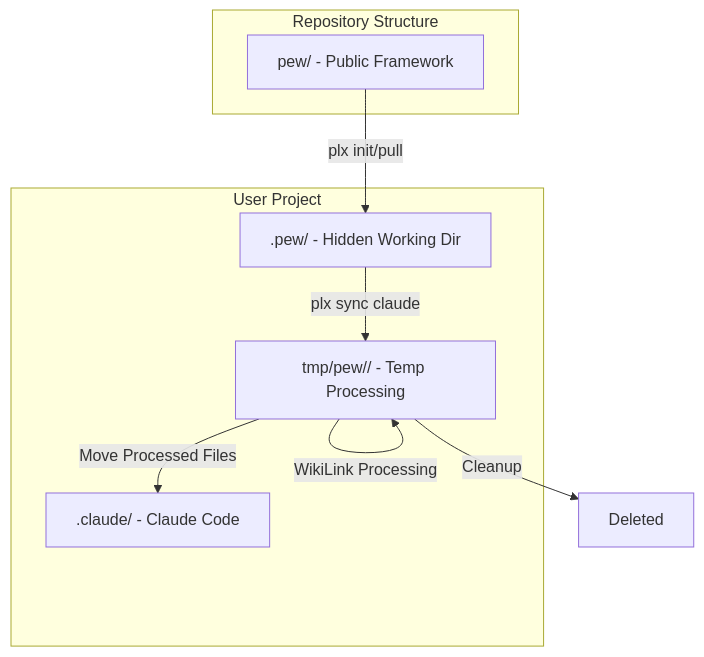
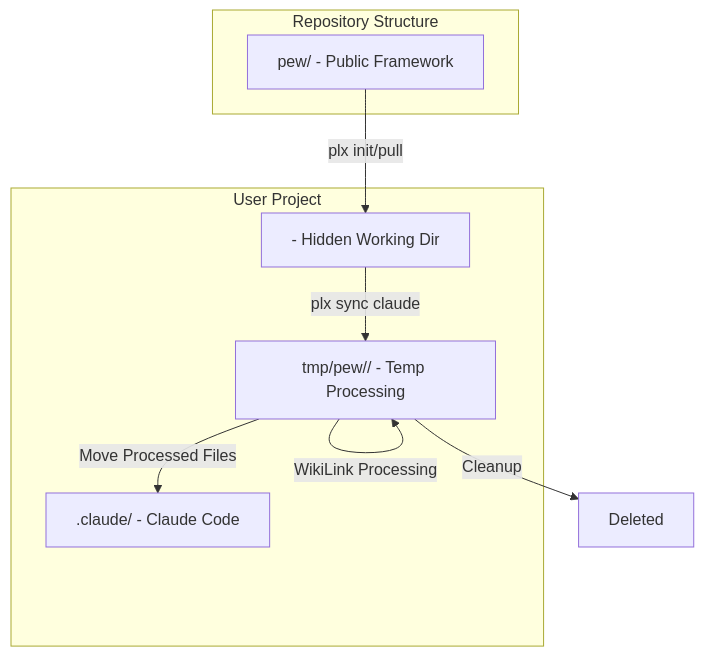
Before and after one commit to its-brianwithai/pew-pew-plx: the diagram in framework-folder-migration-pull-request.md, drawn with Mermaid. The commit also changed other lines of this file and 415 other files, not shown here.

````diff
--- a/framework-folder-migration-pull-request.md
+++ b/framework-folder-migration-pull-request.md
@@ -239,18 +239,18 @@
 ```mermaid
 graph TD
     subgraph "Repository Structure"
         A[pew/ - Public Framework]
     end
     
     subgraph "User Project"
-        B[.pew/ - Hidden Working Dir]
+        B[ - Hidden Working Dir]
         C[tmp/pew// - Temp Processing]
         D[.claude/ - Claude Code]
     end
     
     A -->|plx init/pull| B
     B -->|plx sync claude| C
     C -->|WikiLink Processing| C
     C -->|Move Processed Files| D
     C -->|Cleanup| E[Deleted]
 ```
````
